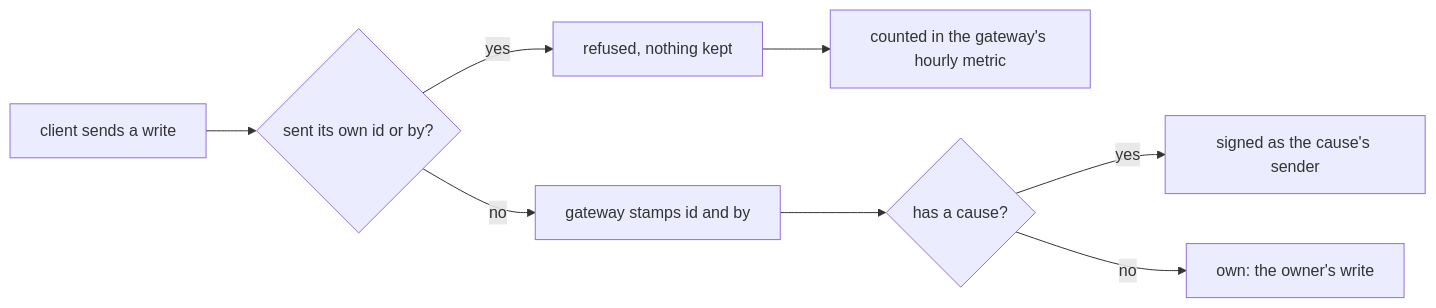
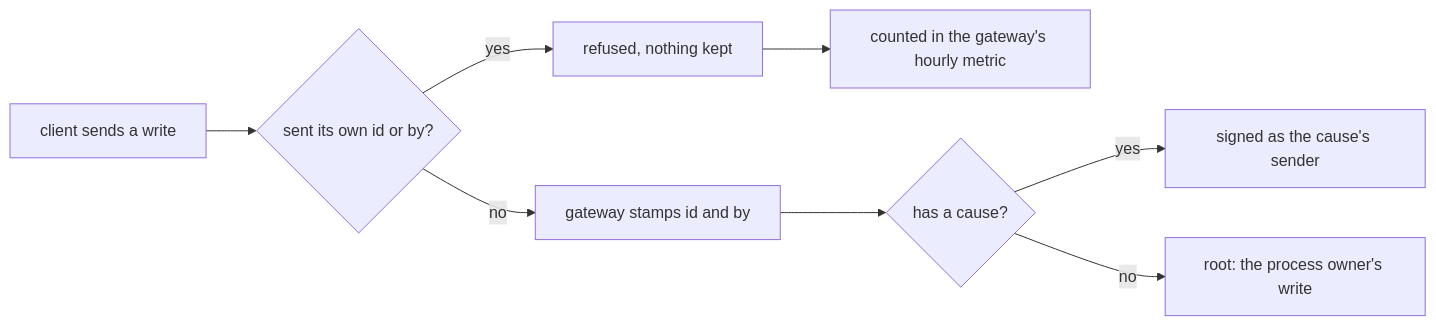
The diagram in .decisions/0140-gateway-refuses-client-id-and-by.md (kamp-us/tea-fabrika), drawn with Mermaid before and after one commit. The commit also changed other lines of this file and 7 other files, not shown here.

````diff
--- a/.decisions/0140-gateway-refuses-client-id-and-by.md
+++ b/.decisions/0140-gateway-refuses-client-id-and-by.md
@@ -14,10 +14,10 @@
 ```mermaid
 flowchart LR
   client["client sends a write"] --> gateway{"sent its own id or by?"}
   gateway -->|"yes"| refused["refused, nothing kept"]
   refused --> metric["counted in the gateway's hourly metric"]
   gateway -->|"no"| stamp["gateway stamps id and by"]
   stamp --> cause{"has a cause?"}
   cause -->|"yes"| caused["signed as the cause's sender"]
-  cause -->|"no"| own["own: the owner's write"]
+  cause -->|"no"| root["root: the process owner's write"]
 ```
````
